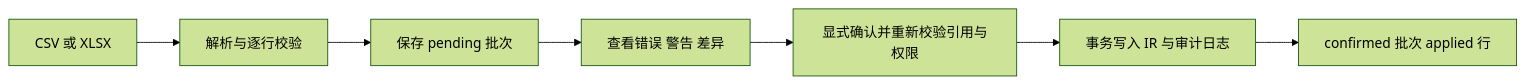
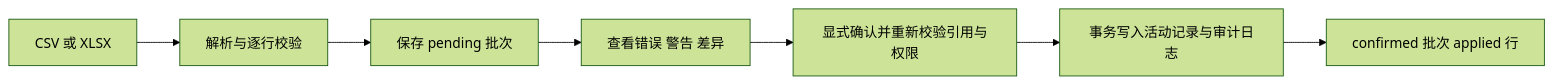
One commit to X1aoboo/ai-dev-radar changed the diagram in docs/business/data-management.md. Above: the diagram before and after it, drawn with Mermaid (forest theme). The commit also changed other lines of this file and 56 other files, not shown here.

````diff
--- a/docs/business/data-management.md
+++ b/docs/business/data-management.md
@@ -73,9 +86,9 @@
 ```mermaid
 flowchart LR
     File[CSV 或 XLSX] --> Preview[解析与逐行校验]
     Preview --> Pending[保存 pending 批次]
     Pending --> Review[查看错误 警告 差异]
     Review --> Confirm[显式确认并重新校验引用与权限]
-    Confirm --> Commit[事务写入 IR 与审计日志]
+    Confirm --> Commit[事务写入活动记录与审计日志]
     Commit --> Done[confirmed 批次 applied 行]
 ```
````
